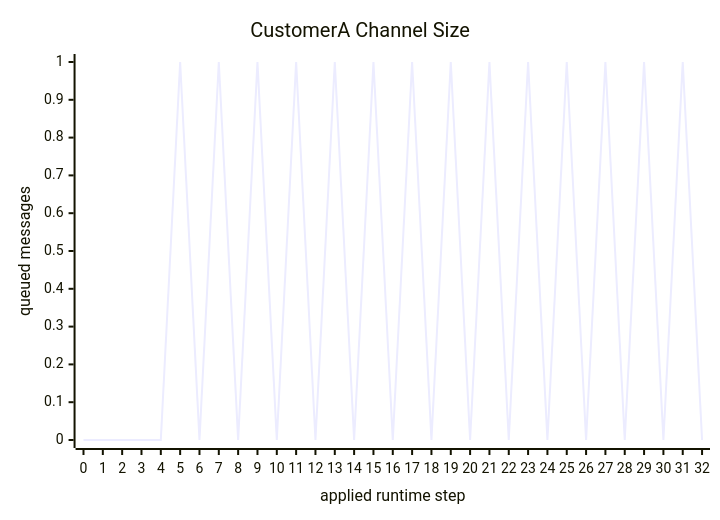
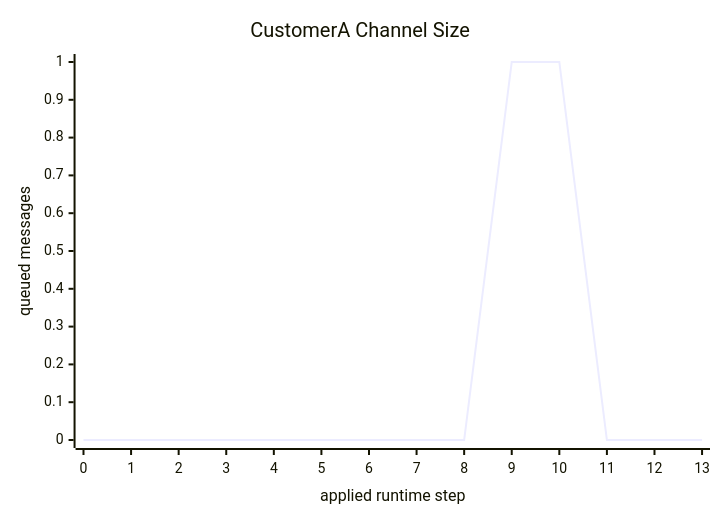
Before and after one commit to rfielding/go-ctl2: diagram 30 of 36 in docs/build/ir.generated.md, drawn with Mermaid. The commit also changed other lines of this file and 5 other files, not shown here.

````diff
--- a/docs/build/ir.generated.md
+++ b/docs/build/ir.generated.md
@@ -1306,7 +1549,7 @@
 ```mermaid
 xychart-beta
     title "CustomerA Channel Size"
-    x-axis "applied runtime step" [0, 1, 2, 3, 4, 5, 6, 7, 8, 9, 10, 11, 12, 13, 14, 15, 16, 17, 18, 19, 20, 21, 22, 23, 24, 25, 26, 27, 28, 29, 30, 31, 32]
+    x-axis "applied runtime step" [0, 1, 2, 3, 4, 5, 6, 7, 8, 9, 10, 11, 12, 13]
     y-axis "queued messages" 0 --> 1
-    line [0, 0, 0, 0, 0, 1, 0, 1, 0, 1, 0, 1, 0, 1, 0, 1, 0, 1, 0, 1, 0, 1, 0, 1, 0, 1, 0, 1, 0, 1, 0, 1, 0]
+    line [0, 0, 0, 0, 0, 0, 0, 0, 0, 1, 1, 0, 0, 0]
 ```
````
